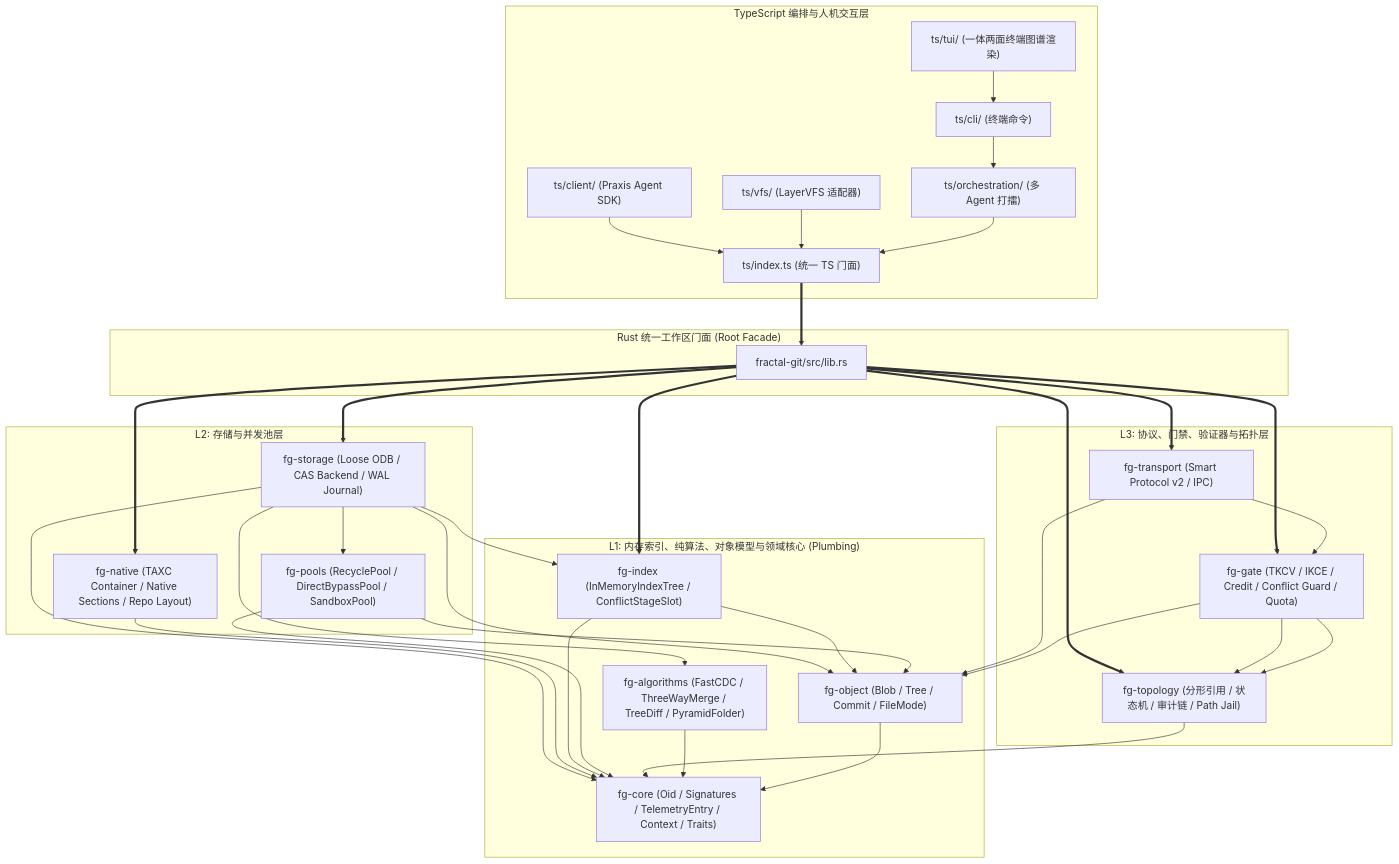
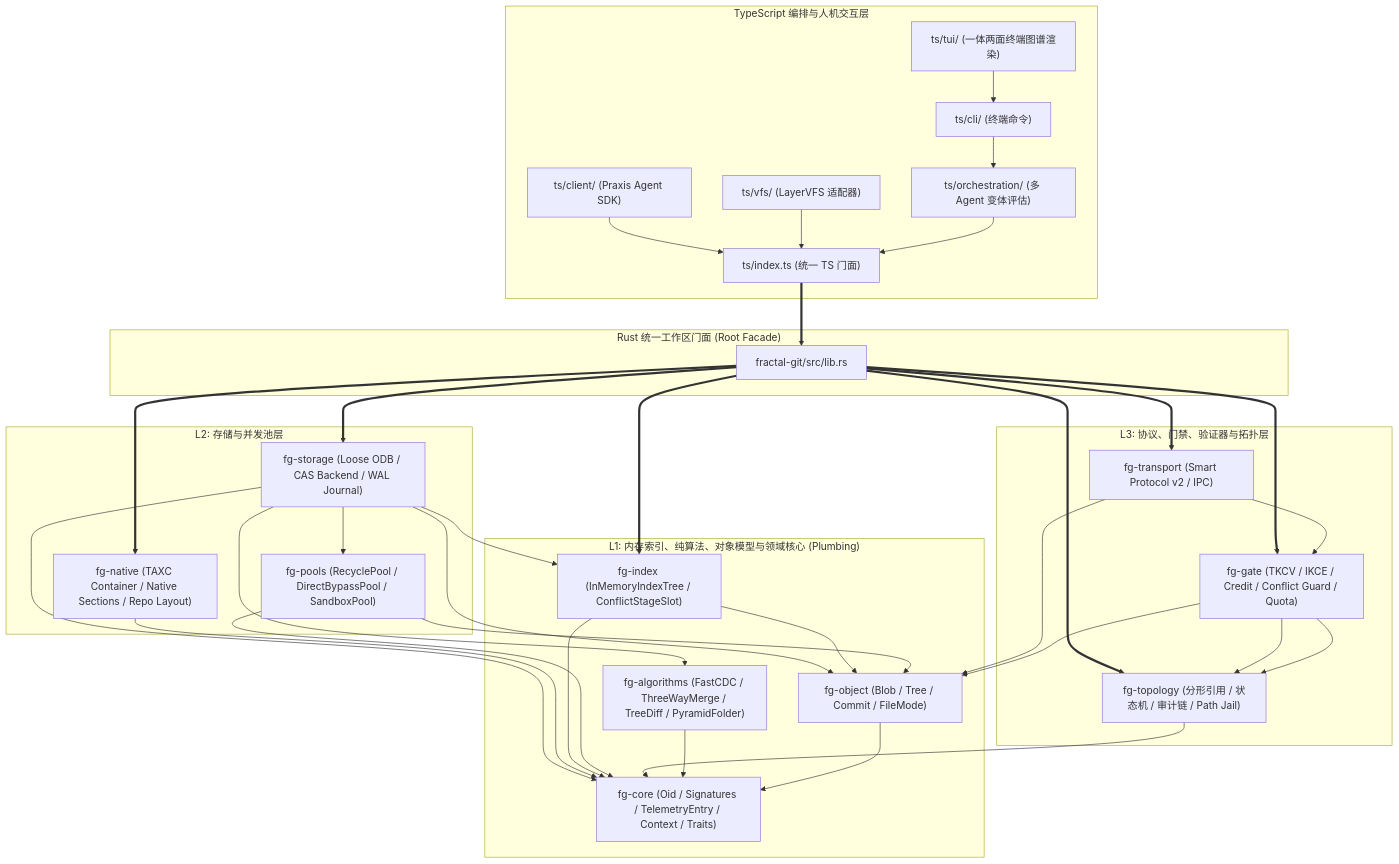
The diagram in fractal-git/docs/DIRECTORY_SPEC.md (guilingzhouyi-creator/vscode-extensions), drawn with Mermaid before and after one commit. The commit also changed other lines of this file and 20 other files, not shown here.

````diff
--- a/fractal-git/docs/DIRECTORY_SPEC.md
+++ b/fractal-git/docs/DIRECTORY_SPEC.md
@@ -35,68 +35,68 @@
 ```mermaid
 flowchart TD
   subgraph TS_LAYER["TypeScript 编排与人机交互层"]
     CLIENT["ts/client/ (Praxis Agent SDK)"]
     VFS["ts/vfs/ (LayerVFS 适配器)"]
     TUI["ts/tui/ (一体两面终端图谱渲染)"]
-    ORCH["ts/orchestration/ (多 Agent 打擂)"]
+    ORCH["ts/orchestration/ (多 Agent 变体评估)"]
     CLI["ts/cli/ (终端命令)"]
     TS_FACADE["ts/index.ts (统一 TS 门面)"]
     CLIENT --> TS_FACADE
     VFS --> TS_FACADE
     TUI --> CLI --> ORCH --> TS_FACADE
   end
 
   subgraph ROOT_RUST["Rust 统一工作区门面 (Root Facade)"]
     ROOT_LIB["fractal-git/src/lib.rs"]
   end
 
   subgraph LAYER_TOP["L3: 协议、门禁、验证器与拓扑层"]
     TRANSPORT["fg-transport (Smart Protocol v2 / IPC)"]
     GATE["fg-gate (TKCV / IKCE / Credit / Conflict Guard / Quota)"]
     TOPOLOGY["fg-topology (分形引用 / 状态机 / 审计链 / Path Jail)"]
   end
 
   subgraph LAYER_STORAGE["L2: 存储与并发池层"]
     STORAGE["fg-storage (Loose ODB / CAS Backend / WAL Journal)"]
     NATIVE["fg-native (TAXC Container / Native Sections / Repo Layout)"]
     POOLS["fg-pools (RecyclePool / DirectBypassPool / SandboxPool)"]
   end
 
   subgraph LAYER_LEAF["L1: 内存索引、纯算法、对象模型与领域核心 (Plumbing)"]
     INDEX["fg-index (InMemoryIndexTree / ConflictStageSlot)"]
     ALGO["fg-algorithms (FastCDC / ThreeWayMerge / TreeDiff / PyramidFolder)"]
     OBJECT["fg-object (Blob / Tree / Commit / FileMode)"]
     CORE["fg-core (Oid / Signatures / TelemetryEntry / Context / Traits)"]
   end
 
   TS_FACADE ==> ROOT_LIB
   ROOT_LIB ==> TRANSPORT
   ROOT_LIB ==> GATE
   ROOT_LIB ==> STORAGE
   ROOT_LIB ==> NATIVE
   ROOT_LIB ==> TOPOLOGY
   ROOT_LIB ==> INDEX
 
   TRANSPORT --> GATE --> TOPOLOGY
   TRANSPORT --> OBJECT
   GATE --> OBJECT
   GATE --> TOPOLOGY
 
   STORAGE --> INDEX
   STORAGE --> POOLS
   STORAGE --> ALGO
   STORAGE --> OBJECT
   STORAGE --> CORE
 
   NATIVE --> CORE
 
   INDEX --> OBJECT
   INDEX --> CORE
 
   POOLS --> OBJECT
   POOLS --> CORE
 
   TOPOLOGY --> CORE
   ALGO --> CORE
   OBJECT --> CORE
 ```
````
